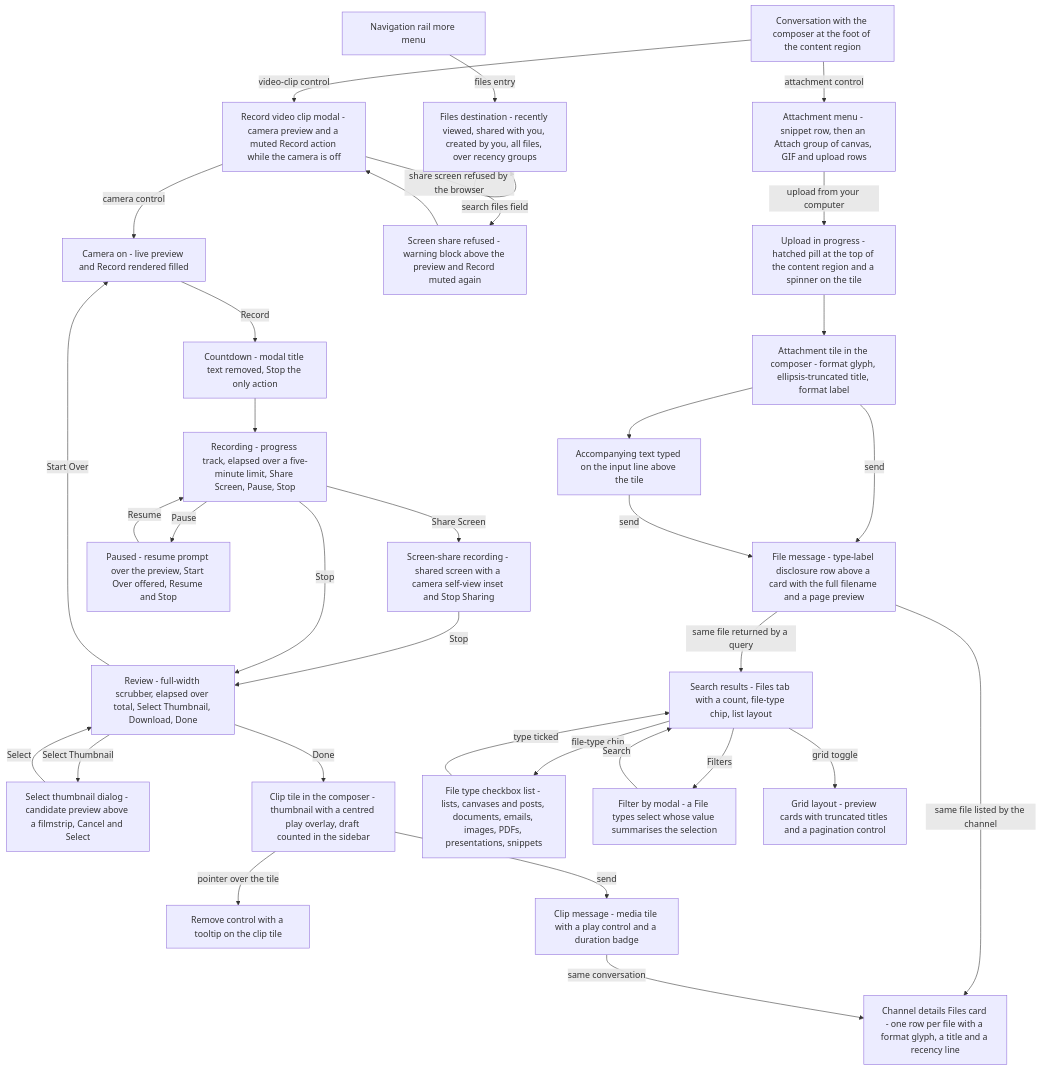
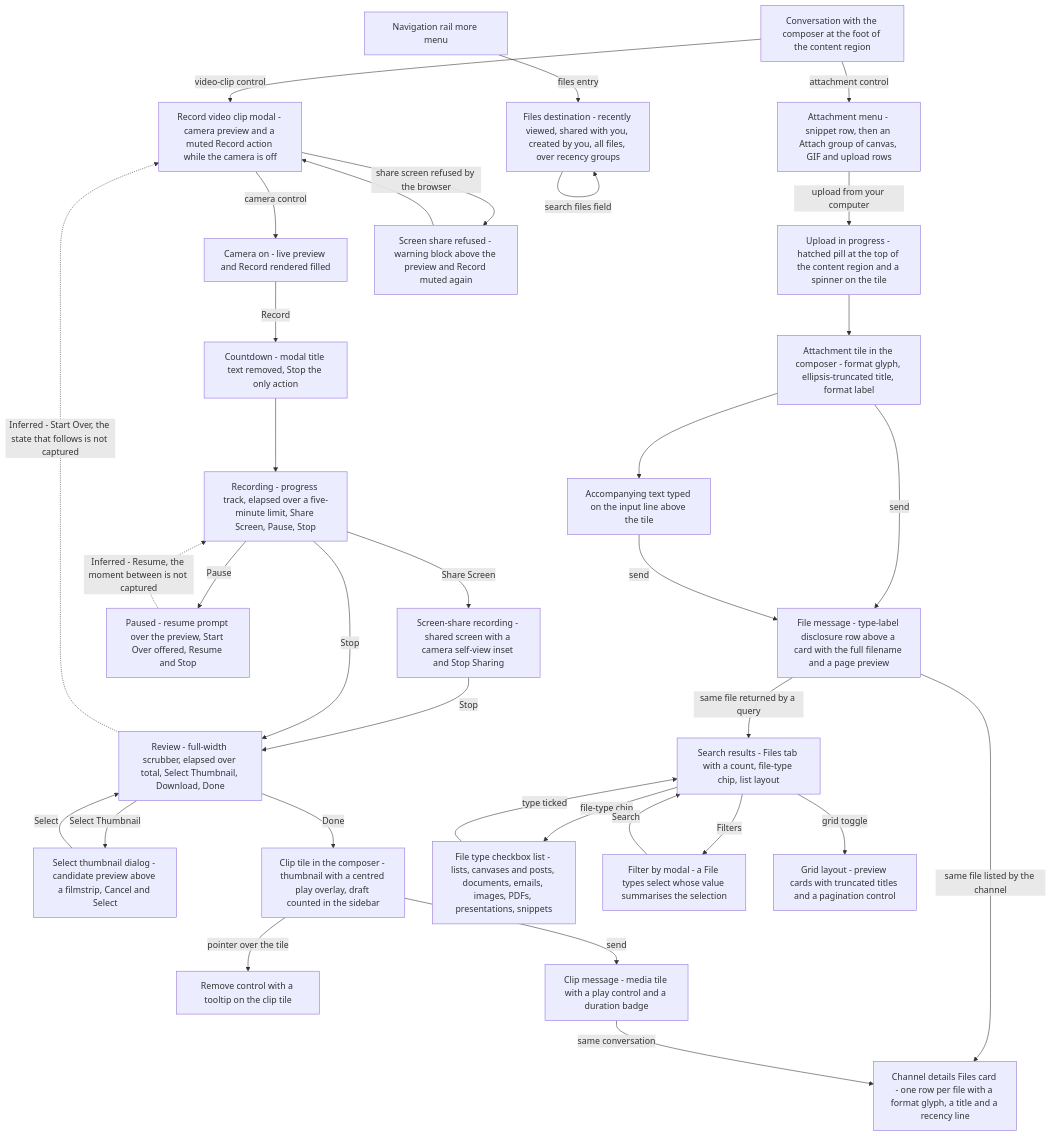
Before and after one commit to blitzy-research/blitzy-slack: the diagram in docs/workflows/16-files-media.md, drawn with Mermaid. The commit also changed other lines of this file and 20 other files, not shown here.

````diff
--- a/docs/workflows/16-files-media.md
+++ b/docs/workflows/16-files-media.md
@@ -36,62 +41,62 @@
 ```mermaid
 flowchart TD
     CONV["Conversation with the composer at the foot of the content region"]
     RAIL["Navigation rail more menu"]
     MENU["Attachment menu - snippet row, then an Attach group of canvas, GIF and upload rows"]
     UPLOADING["Upload in progress - hatched pill at the top of the content region and a spinner on the tile"]
     TILE["Attachment tile in the composer - format glyph, ellipsis-truncated title, format label"]
     TEXT["Accompanying text typed on the input line above the tile"]
     POSTEDFILE["File message - type-label disclosure row above a card with the full filename and a page preview"]
     RECORD["Record video clip modal - camera preview and a muted Record action while the camera is off"]
     ARMED["Camera on - live preview and Record rendered filled"]
     SHAREFAIL["Screen share refused - warning block above the preview and Record muted again"]
     COUNTDOWN["Countdown - modal title text removed, Stop the only action"]
     RECORDING["Recording - progress track, elapsed over a five-minute limit, Share Screen, Pause, Stop"]
     PAUSED["Paused - resume prompt over the preview, Start Over offered, Resume and Stop"]
     SHARING["Screen-share recording - shared screen with a camera self-view inset and Stop Sharing"]
     REVIEW["Review - full-width scrubber, elapsed over total, Select Thumbnail, Download, Done"]
     THUMBS["Select thumbnail dialog - candidate preview above a filmstrip, Cancel and Select"]
     CLIPTILE["Clip tile in the composer - thumbnail with a centred play overlay, draft counted in the sidebar"]
     REMOVE["Remove control with a tooltip on the clip tile"]
     POSTEDCLIP["Clip message - media tile with a play control and a duration badge"]
     FILESCARD["Channel details Files card - one row per file with a format glyph, a title and a recency line"]
     SEARCH["Search results - Files tab with a count, file-type chip, list layout"]
     TYPEMENU["File type checkbox list - lists, canvases and posts, documents, emails, images, PDFs, presentations, snippets"]
     FILTERBY["Filter by modal - a File types select whose value summarises the selection"]
     GRID["Grid layout - preview cards with truncated titles and a pagination control"]
     FILESDEST["Files destination - recently viewed, shared with you, created by you, all files, over recency groups"]
 
     CONV -->|"attachment control"| MENU
     MENU -->|"upload from your computer"| UPLOADING
     UPLOADING --> TILE
     TILE --> TEXT
     TILE -->|"send"| POSTEDFILE
     TEXT -->|"send"| POSTEDFILE
     CONV -->|"video-clip control"| RECORD
     RECORD -->|"camera control"| ARMED
     RECORD -->|"share screen refused by the browser"| SHAREFAIL
     SHAREFAIL --> RECORD
     ARMED -->|"Record"| COUNTDOWN
     COUNTDOWN --> RECORDING
     RECORDING -->|"Pause"| PAUSED
-    PAUSED -->|"Resume"| RECORDING
+    PAUSED -.->|"Inferred - Resume, the moment between is not captured"| RECORDING
     RECORDING -->|"Share Screen"| SHARING
     SHARING -->|"Stop"| REVIEW
     RECORDING -->|"Stop"| REVIEW
     REVIEW -->|"Select Thumbnail"| THUMBS
     THUMBS -->|"Select"| REVIEW
-    REVIEW -->|"Start Over"| ARMED
+    REVIEW -.->|"Inferred - Start Over, the state that follows is not captured"| RECORD
     REVIEW -->|"Done"| CLIPTILE
     CLIPTILE -->|"pointer over the tile"| REMOVE
     CLIPTILE -->|"send"| POSTEDCLIP
     POSTEDFILE -->|"same file listed by the channel"| FILESCARD
     POSTEDFILE -->|"same file returned by a query"| SEARCH
     POSTEDCLIP -->|"same conversation"| FILESCARD
     SEARCH -->|"file-type chip"| TYPEMENU
     SEARCH -->|"Filters"| FILTERBY
     FILTERBY -->|"Search"| SEARCH
     TYPEMENU -->|"type ticked"| SEARCH
     SEARCH -->|"grid toggle"| GRID
     RAIL -->|"files entry"| FILESDEST
     FILESDEST -->|"search files field"| FILESDEST
 ```
````
